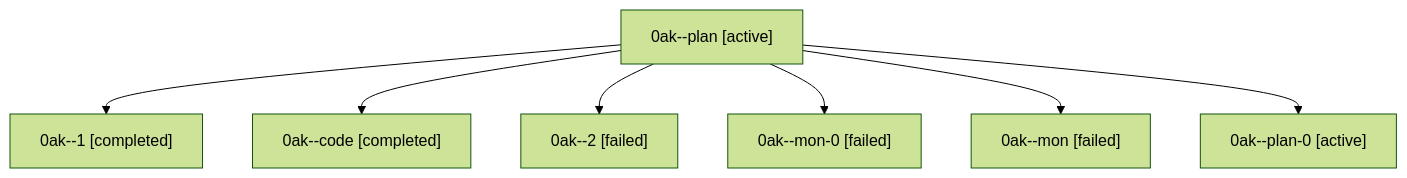
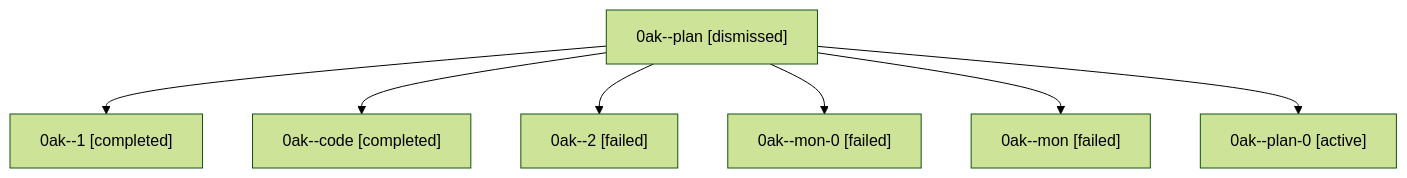
The diagram in sessions/bbugyi200.athena.0ak.md (sase-org/sase--agents), drawn with Mermaid (forest theme) before and after one commit. The commit also changed other lines of this file and 34 other files, not shown here.

````diff
--- a/sessions/bbugyi200.athena.0ak.md
+++ b/sessions/bbugyi200.athena.0ak.md
@@ -9,16 +9,16 @@
 ```mermaid
 flowchart TD
-  n0["0ak--plan [active]"]
+  n0["0ak--plan [dismissed]"]
   n1["0ak--1 [completed]"]
   n0 --> n1
   n2["0ak--code [completed]"]
   n0 --> n2
   n3["0ak--2 [failed]"]
   n0 --> n3
   n4["0ak--mon-0 [failed]"]
   n0 --> n4
   n5["0ak--mon [failed]"]
   n0 --> n5
   n6["0ak--plan-0 [active]"]
   n0 --> n6
 ```
````
